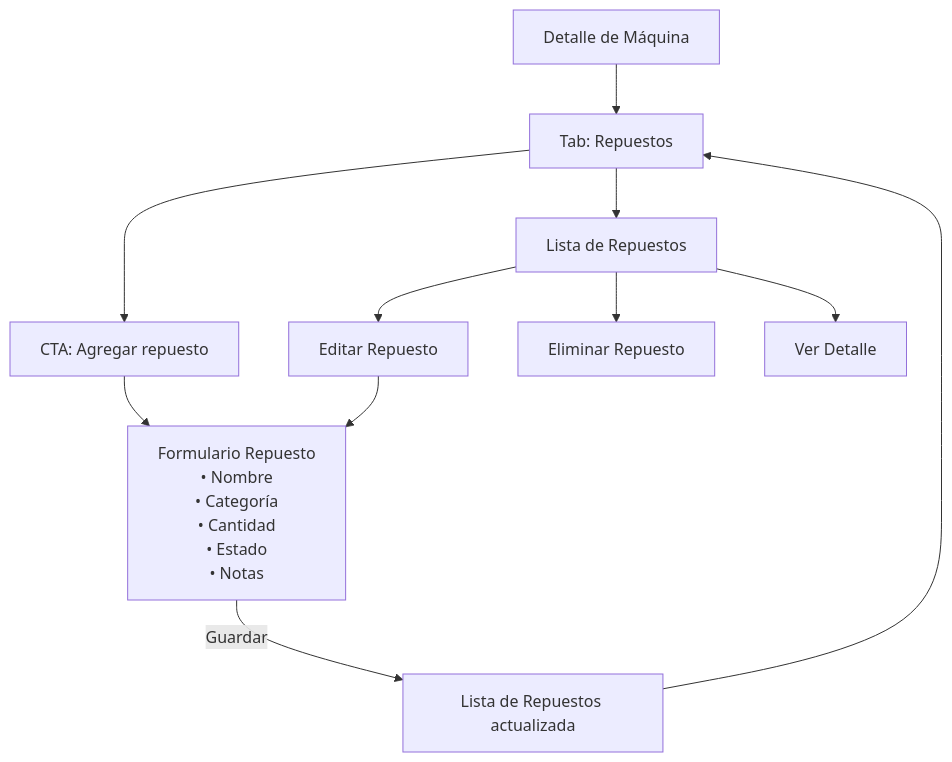
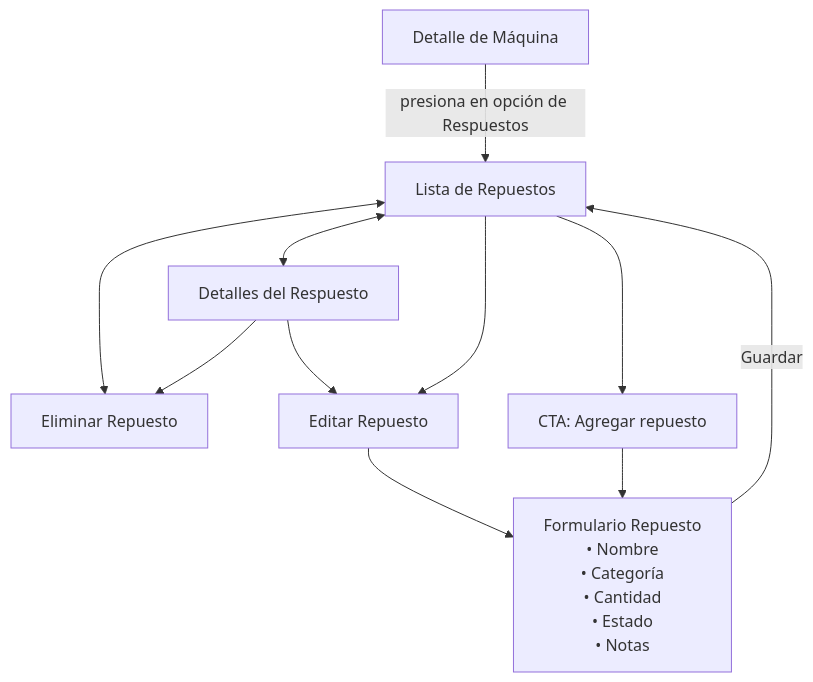
The sixth of 9 diagrams in docs/userJourney.md (MarkMed/FleetMan), drawn with Mermaid before and after one commit. The commit also changed other lines of this file, not shown here.

Commit message:
Refactor reminders and spare parts management flows: streamline editing, deletion, and creation processes

````diff
--- a/docs/userJourney.md
+++ b/docs/userJourney.md
@@ -196,16 +184,16 @@
 ```mermaid
 flowchart TD
-    DETAIL[Detalle de Máquina] --> TAB_SPARE[Tab: Repuestos]
-    TAB_SPARE --> LIST_SPARE[Lista de Repuestos]
-    TAB_SPARE --> ADD_SPARE[CTA: Agregar repuesto]
+    DETAIL[Detalle de Máquina] -->|presiona en opción de Respuestos| LIST_SPARE[Lista de Repuestos]
     
+    FORM_SPARE -->|Guardar| LIST_SPARE
+    
+    LIST_SPARE <--> DELETE_SPARE[Eliminar Repuesto]
+    LIST_SPARE <--> VIEW_SPARE[Detalles del Respuesto]
+    VIEW_SPARE --> EDIT_SPARE
+    LIST_SPARE --> EDIT_SPARE[Editar Repuesto]
+    EDIT_SPARE --> FORM_SPARE
+    VIEW_SPARE --> DELETE_SPARE
+    
+    LIST_SPARE --> ADD_SPARE[CTA: Agregar repuesto]
     ADD_SPARE --> FORM_SPARE["Formulario Repuesto<br/>• Nombre<br/>• Categoría<br/>• Cantidad<br/>• Estado<br/>• Notas"]
-    FORM_SPARE -->|Guardar| UPDATE_LIST[Lista de Repuestos actualizada]
-    UPDATE_LIST --> TAB_SPARE
-    
-    LIST_SPARE --> EDIT_SPARE[Editar Repuesto]
-    LIST_SPARE --> DELETE_SPARE[Eliminar Repuesto]
-    LIST_SPARE --> VIEW_SPARE[Ver Detalle]
-    
-    EDIT_SPARE --> FORM_SPARE
 ```
````
